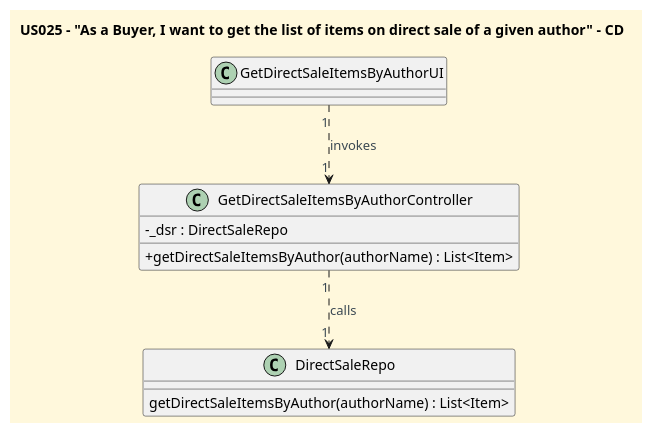
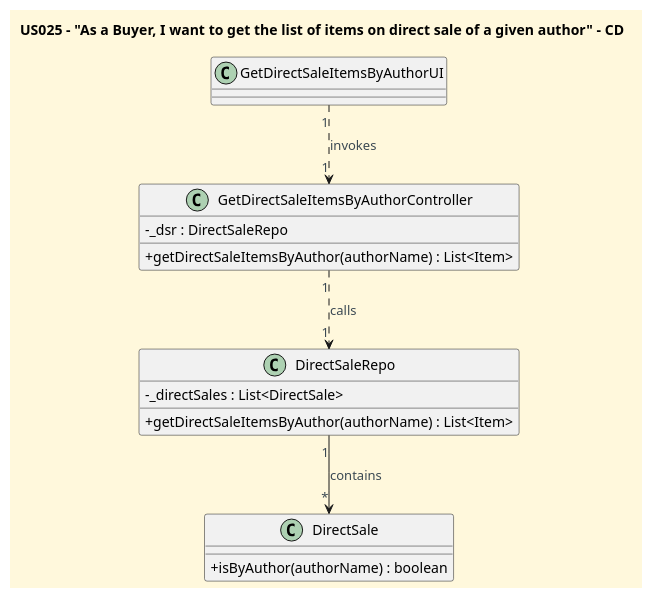
The diagram in docs/userStories/US025/US025_get_list_of_items_on_direct_sale_of_given_author_CD.puml (CarolinaLeite-collab/JavaMarketplacePlatform), drawn with PlantUML before and after one commit. The commit also changed 1 other file, not shown here.

Commit message:
#112 - updated SD2 and CD diagrams (fixes typos)

```diff
--- a/docs/userStories/US025/US025_get_list_of_items_on_direct_sale_of_given_author_CD.puml
+++ b/docs/userStories/US025/US025_get_list_of_items_on_direct_sale_of_given_author_CD.puml
@@ -1,37 +1,45 @@
 @startuml
 'https://plantuml.com/class-diagram
 title US025 – "As a Buyer, I want to get the list of items on direct sale of a given author" - CD
 
 
 '==== basic style ====
 skinparam monochrome false
 skinparam shadowing false
 skinparam defaultFontName Futura
 skinparam objectFontSize 20
 skinparam backgroundColor CornSilk
 skinparam objectBackgroundColor WhiteSmoke
 skinparam noteBackgroundColor #FFFFE0
 skinparam ArrowFontColor #3B4953
 skinparam ActivationBackgroundColor black
 skinparam classAttributeIconSize 0
 
 class GetDirectSaleItemsByAuthorUI {
 
 }
 
 class GetDirectSaleItemsByAuthorController {
 
 - _dsr : DirectSaleRepo
 + getDirectSaleItemsByAuthor(authorName) : List<Item>
 }
 
 class DirectSaleRepo {
 
-getDirectSaleItemsByAuthor(authorName) : List<Item>
+- _directSales : List<DirectSale>
++getDirectSaleItemsByAuthor(authorName) : List<Item>
+
+}
+
+class DirectSale {
+
++isByAuthor(authorName) : boolean
 
 }
 
 GetDirectSaleItemsByAuthorUI "1" ..> "1" GetDirectSaleItemsByAuthorController : invokes
 GetDirectSaleItemsByAuthorController "1" ..> "1" DirectSaleRepo : calls
+DirectSaleRepo "1" --> "*" DirectSale : contains
 
 @enduml
```
